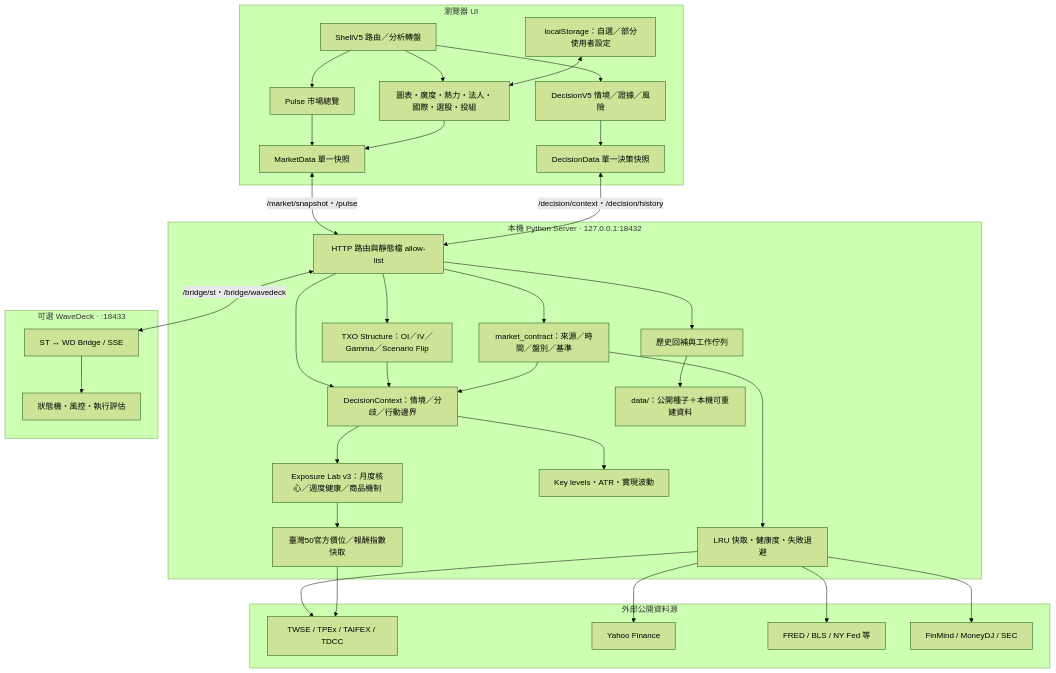
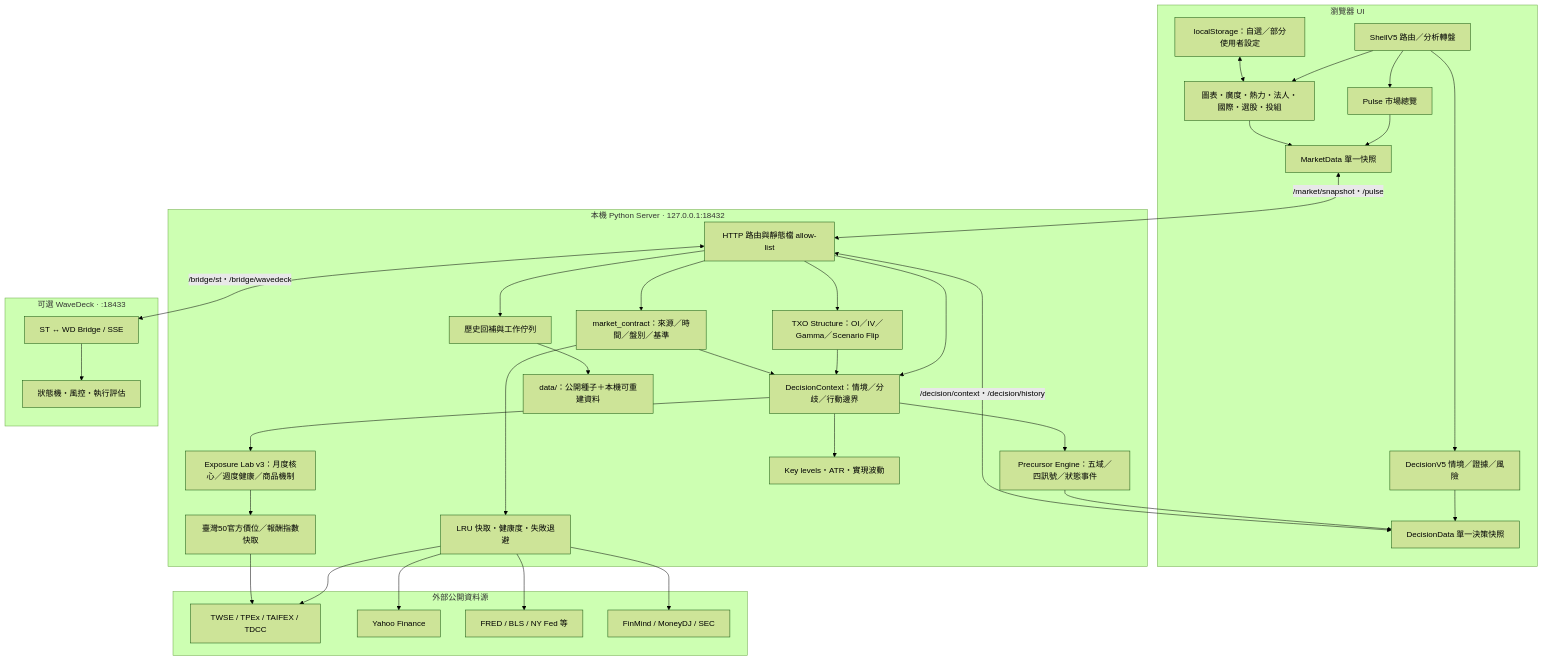
Before and after one commit to SamHuang68/AI_Stock: the second of 8 diagrams in README.md, drawn with Mermaid (forest theme). The commit also changed other lines of this file and 16 other files, not shown here.

````diff
--- a/README.md
+++ b/README.md
@@ -75,65 +76,68 @@
 ```mermaid
 flowchart TB
   subgraph Browser["瀏覽器 UI"]
     Shell["ShellV5 路由／分析轉盤"]
     Pulse["Pulse 市場總覽"]
     Panels["圖表・廣度・熱力・法人・國際・選股・投組"]
     Store["MarketData 單一快照"]
     DecisionPage["DecisionV5 情境／證據／風險"]
     DecisionStore["DecisionData 單一決策快照"]
     Local["localStorage：自選／部分使用者設定"]
   end
 
   subgraph LocalServer["本機 Python Server · 127.0.0.1:18432"]
     Routes["HTTP 路由與靜態檔 allow-list"]
     Contract["market_contract：來源／時間／盤別／基準"]
     DecisionEngine["DecisionContext：情境／分歧／行動邊界"]
+    PrecursorEngine["Precursor Engine：五域／四訊號／狀態事件"]
     ExposureEngine["Exposure Lab v3：月度核心／週度健康／商品機制"]
     BenchmarkResearch["臺灣50官方價位／報酬指數快取"]
     OptionsEngine["TXO Structure：OI／IV／Gamma／Scenario Flip"]
     KeyLevels["Key levels・ATR・實現波動"]
     Cache["LRU 快取・健康度・失敗退避"]
     Jobs["歷史回補與工作佇列"]
     Files["data/：公開種子＋本機可重建資料"]
   end
 
   subgraph Sources["外部公開資料源"]
     TWSE["TWSE / TPEx / TAIFEX / TDCC"]
     Yahoo["Yahoo Finance"]
     Macro["FRED / BLS / NY Fed 等"]
     Other["FinMind / MoneyDJ / SEC"]
   end
 
   subgraph WD["可選 WaveDeck · :18433"]
     Bridge["ST ↔ WD Bridge / SSE"]
     Engine["狀態機・風控・執行評估"]
   end
 
   Shell --> Pulse
   Shell --> Panels
   Shell --> DecisionPage
   Pulse --> Store
   Panels --> Store
   DecisionPage --> DecisionStore
   Store <-->|"/market/snapshot・/pulse"| Routes
   Routes --> Contract
   Routes --> DecisionEngine
   DecisionEngine --> ExposureEngine
+  DecisionEngine --> PrecursorEngine
+  PrecursorEngine --> DecisionStore
   ExposureEngine --> BenchmarkResearch
   Routes --> OptionsEngine
   OptionsEngine --> DecisionEngine
   DecisionEngine --> KeyLevels
   DecisionStore <-->|"/decision/context・/decision/history"| Routes
   Contract --> DecisionEngine
   Contract --> Cache
   Cache --> TWSE
   BenchmarkResearch --> TWSE
   Cache --> Yahoo
   Cache --> Macro
   Cache --> Other
   Routes --> Jobs
   Jobs --> Files
   Local <--> Panels
   Routes <-->|"/bridge/st・/bridge/wavedeck"| Bridge
   Bridge --> Engine
 ```
````
